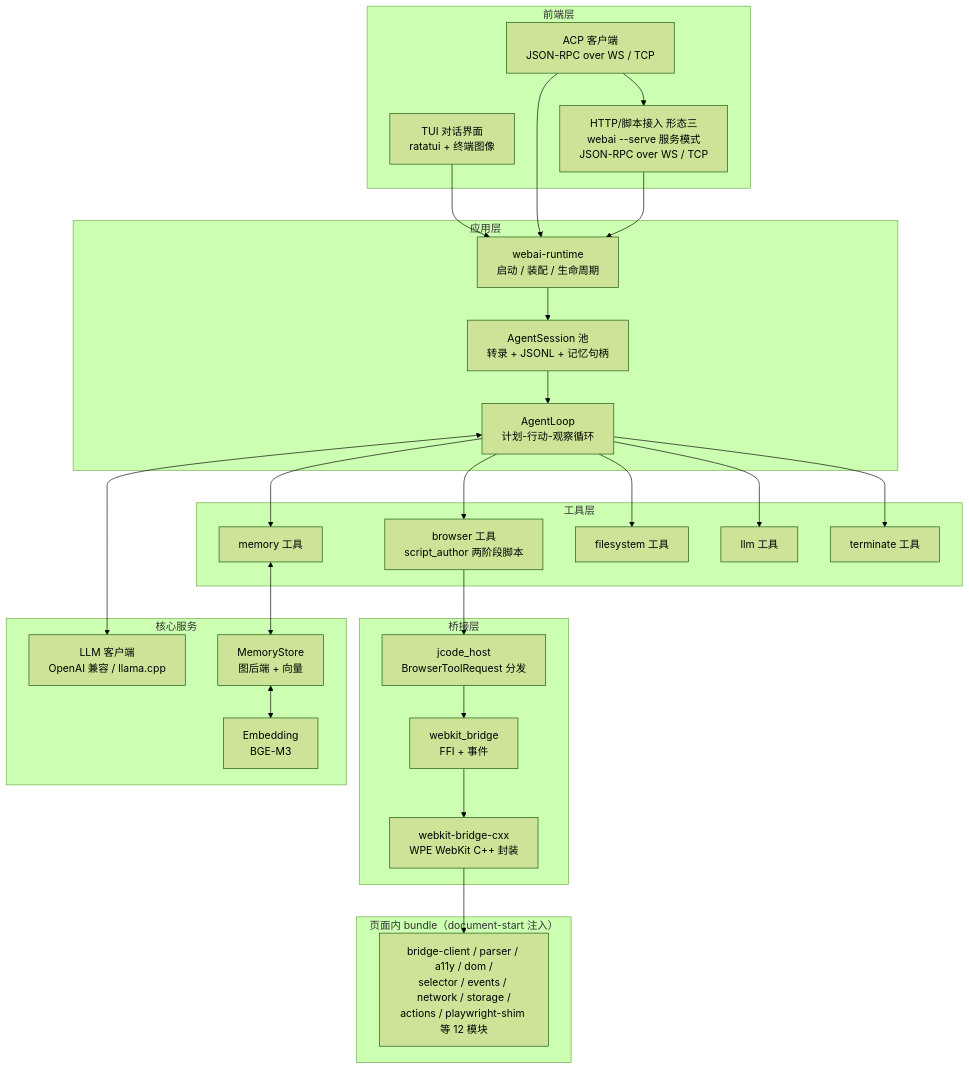
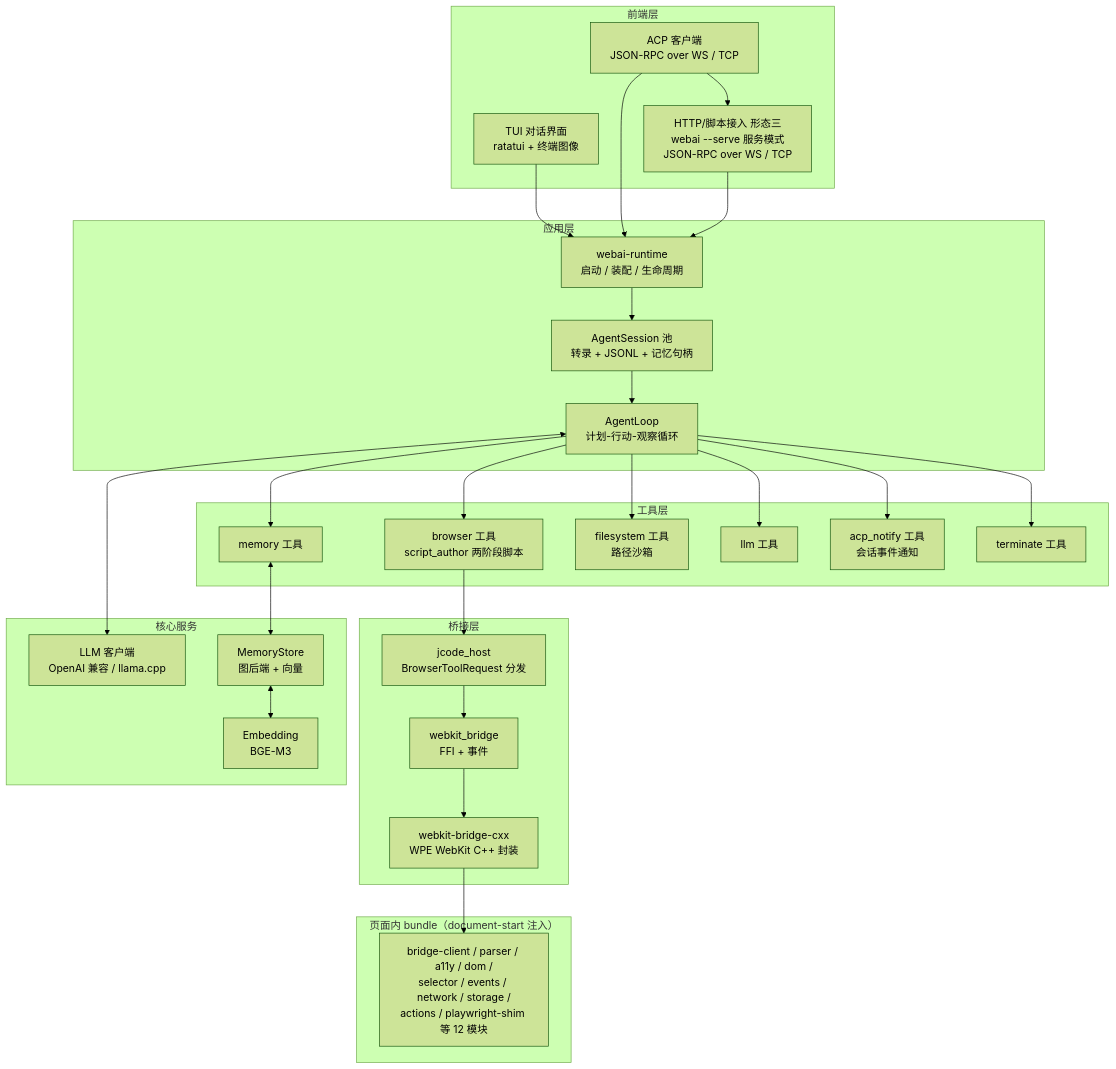
Before and after one commit to orlfly/webai: the first of 2 diagrams in docs/architecture/ARCHITECTURE.md, drawn with Mermaid (forest theme). The commit also changed other lines of this file, not shown here.

Commit message:
docs: 修订 ARCHITECTURE 评审 M-1/m-1~m-3（五文件命名与 §8 对齐产品、截图失败结构化警告、工具清单六项统一、LLM 语义文件名回退）

````diff
--- a/docs/architecture/ARCHITECTURE.md
+++ b/docs/architecture/ARCHITECTURE.md
@@ -64,47 +64,48 @@
 ```mermaid
 flowchart TB
   subgraph FE[前端层]
     TUI[TUI 对话界面<br/>ratatui + 终端图像]
     ACP[ACP 客户端<br/>JSON-RPC over WS / TCP]
     SVC[HTTP/脚本接入 形态三<br/>webai --serve 服务模式<br/>JSON-RPC over WS / TCP]
   end
   ACP --> SVC
   subgraph APP[应用层]
     RT[webai-runtime<br/>启动 / 装配 / 生命周期]
     SS[AgentSession 池<br/>转录 + JSONL + 记忆句柄]
     LOOP[AgentLoop<br/>计划-行动-观察循环]
   end
   subgraph TOOLS[工具层]
     BT[browser 工具<br/>script_author 两阶段脚本]
     MT[memory 工具]
-    FT[filesystem 工具]
+    FT[filesystem 工具<br/>路径沙箱]
     LBT[llm 工具]
+    NT[acp_notify 工具<br/>会话事件通知]
     TT[terminate 工具]
   end
   subgraph BRIDGE[桥接层]
     JH[jcode_host<br/>BrowserToolRequest 分发]
     WB[webkit_bridge<br/>FFI + 事件]
     CX[webkit-bridge-cxx<br/>WPE WebKit C++ 封装]
   end
   subgraph CORE[核心服务]
     LLM[LLM 客户端<br/>OpenAI 兼容 / llama.cpp]
     MEM[MemoryStore<br/>图后端 + 向量]
     EMB[Embedding<br/>BGE-M3]
   end
   subgraph PAGE[页面内 bundle（document-start 注入）]
     BND[bridge-client / parser / a11y / dom /<br/>selector / events / network / storage /<br/>actions / playwright-shim 等 12 模块]
   end
   TUI --> RT
   ACP --> RT
   SVC --> RT
   RT --> SS
   SS --> LOOP
-  LOOP --> BT & MT & FT & LBT & TT
+  LOOP --> BT & MT & FT & LBT & NT & TT
   BT --> JH
   JH --> WB
   WB --> CX
   CX --> BND
   LOOP <--> LLM
   MT <--> MEM
   MEM <--> EMB
 ```
````
